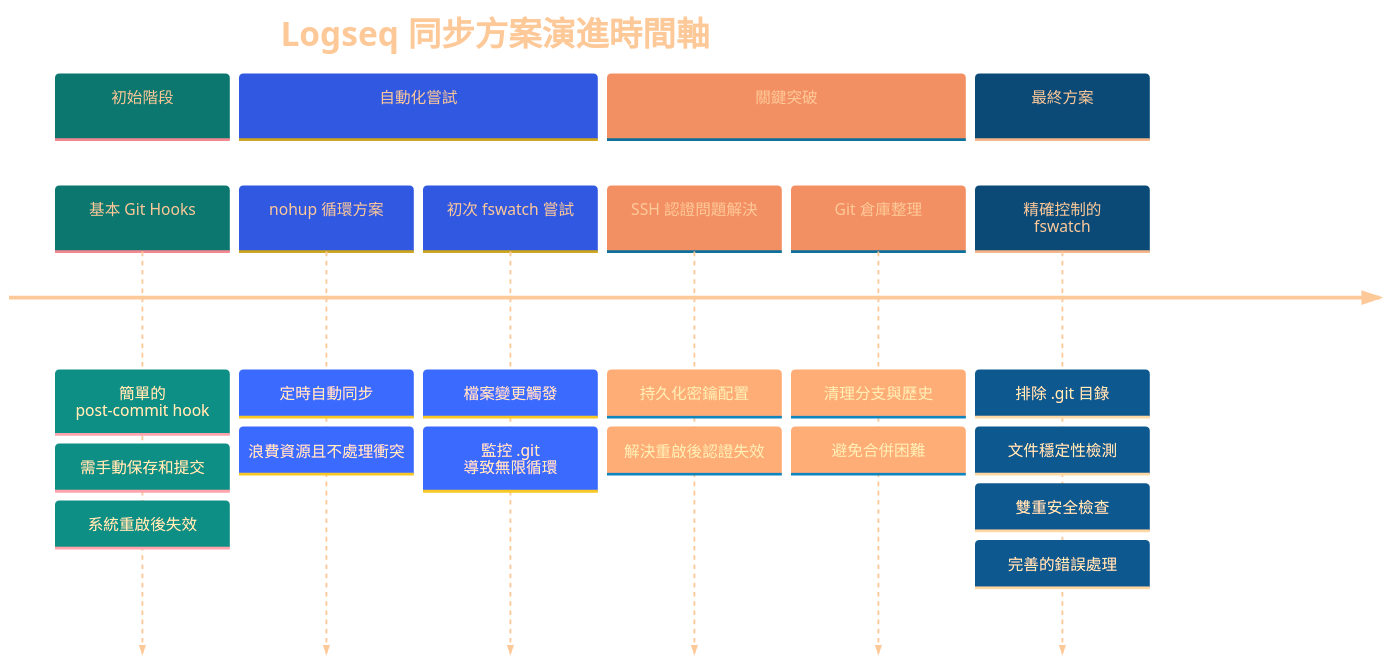
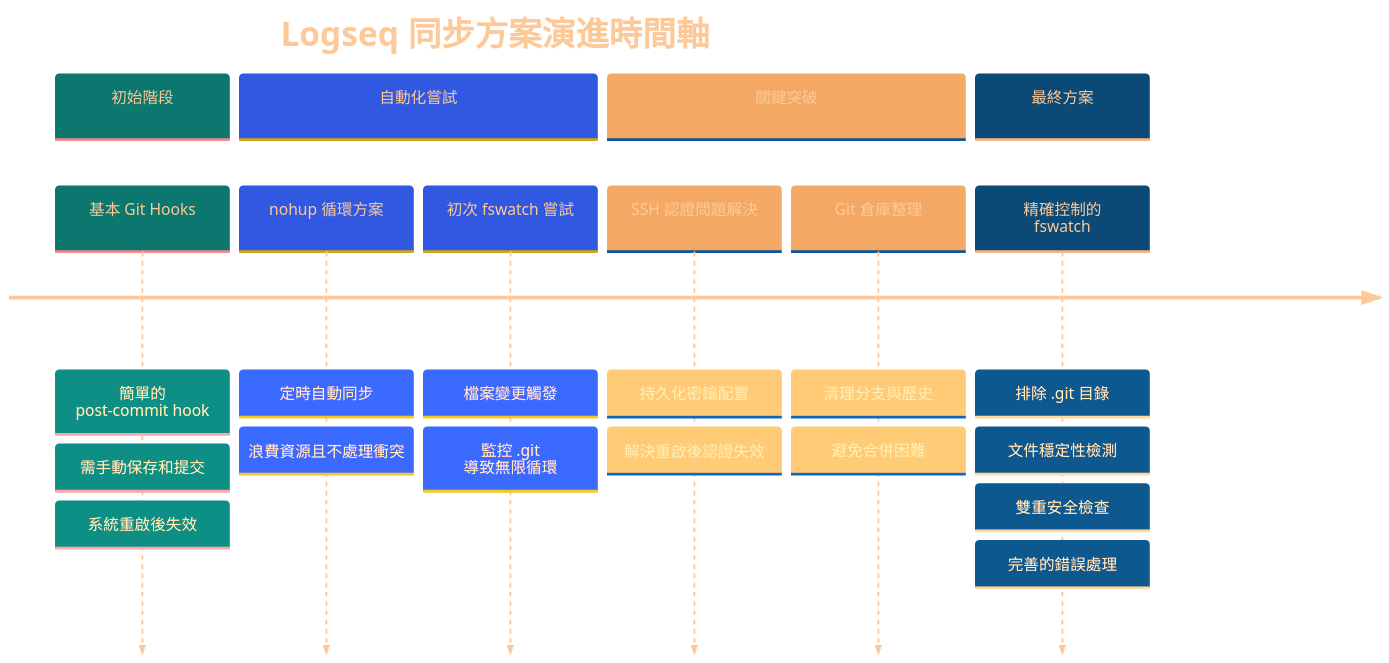
One commit to GengGeng026/Sync-Logseq changed the first of 2 diagrams in Logseq同步方案演進記錄.md. Above: the diagram before and after it, drawn with Mermaid.

Commit message:
Auto-sync: Wed Mar 26 10:12:05 +08 2025

````diff
--- a/Logseq同步方案演進記錄.md
+++ b/Logseq同步方案演進記錄.md
@@ -24,38 +24,38 @@
 ```mermaid
 %%{init: {
   'theme': 'base', 
   'themeVariables': {
     'primaryTextColor': '#FEC999',
     'primaryColor': '#19E9D9',
     'secondaryColor': '#A0B2F1',
-    'tertiaryColor': '#FCE4D9',
+    'tertiaryColor': '#FCEAD9',
     'primaryBorderColor': '#A9D9D9',
     'background': 'transparent',
     'clusterBkg': 'transparent',
     'fontFamily': 'default',
     'fontSize': '17px',
     'fontWeight': 'normal'
   }
 }}%%
 timeline
     title Logseq 同步方案演進時間軸
     section 初始階段
         基本 Git Hooks : 簡單的 post-commit hook
         : 需手動保存和提交
         : 系統重啟後失效
     section 自動化嘗試
         nohup 循環方案 : 定時自動同步
         : 浪費資源且不處理衝突
         初次 fswatch 嘗試 : 檔案變更觸發
         : 監控 .git 導致無限循環
     section 關鍵突破
         SSH 認證問題解決 : 持久化密鑰配置
         : 解決重啟後認證失效
         Git 倉庫整理 : 清理分支與歷史
         : 避免合併困難
     section 最終方案
         精確控制的 fswatch : 排除 .git 目錄
         : 文件穩定性檢測
         : 雙重安全檢查
         : 完善的錯誤處理
 ```
````
